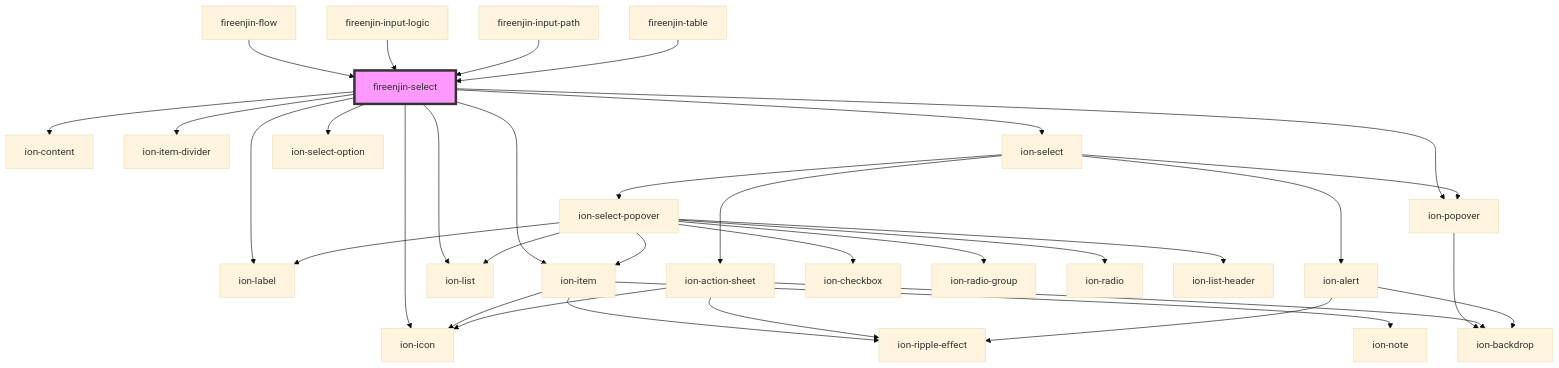
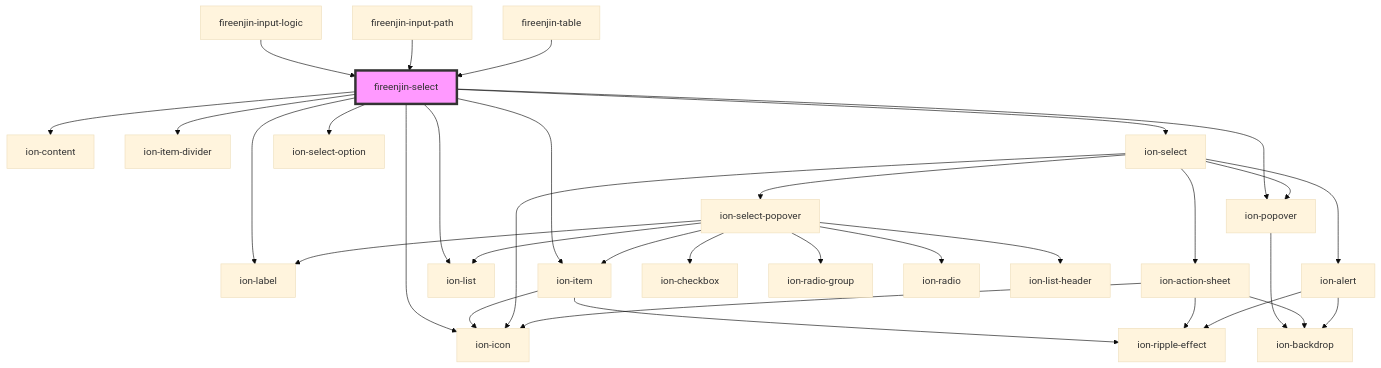
Before and after one commit to FireEnjin/Components: the diagram in src/components/select/readme.md, drawn with Mermaid (base theme). The commit also changed other lines of this file and 73 other files, not shown here.

Commit message:
perf(): Update Ionic to v8 and Stenicl to 4 and remove flow component

````diff
--- a/src/components/select/readme.md
+++ b/src/components/select/readme.md
@@ -74,37 +73,36 @@
 ```mermaid
 graph TD;
   fireenjin-select --> ion-label
   fireenjin-select --> ion-item
   fireenjin-select --> ion-popover
   fireenjin-select --> ion-content
   fireenjin-select --> ion-list
   fireenjin-select --> ion-item-divider
   fireenjin-select --> ion-select
   fireenjin-select --> ion-select-option
   fireenjin-select --> ion-icon
   ion-item --> ion-icon
   ion-item --> ion-ripple-effect
-  ion-item --> ion-note
   ion-popover --> ion-backdrop
   ion-select --> ion-select-popover
   ion-select --> ion-popover
   ion-select --> ion-action-sheet
   ion-select --> ion-alert
+  ion-select --> ion-icon
   ion-select-popover --> ion-item
   ion-select-popover --> ion-checkbox
-  ion-select-popover --> ion-label
   ion-select-popover --> ion-radio-group
   ion-select-popover --> ion-radio
   ion-select-popover --> ion-list
   ion-select-popover --> ion-list-header
+  ion-select-popover --> ion-label
   ion-action-sheet --> ion-backdrop
   ion-action-sheet --> ion-icon
   ion-action-sheet --> ion-ripple-effect
   ion-alert --> ion-ripple-effect
   ion-alert --> ion-backdrop
-  fireenjin-flow --> fireenjin-select
   fireenjin-input-logic --> fireenjin-select
   fireenjin-input-path --> fireenjin-select
   fireenjin-table --> fireenjin-select
   style fireenjin-select fill:#f9f,stroke:#333,stroke-width:4px
 ```
````
